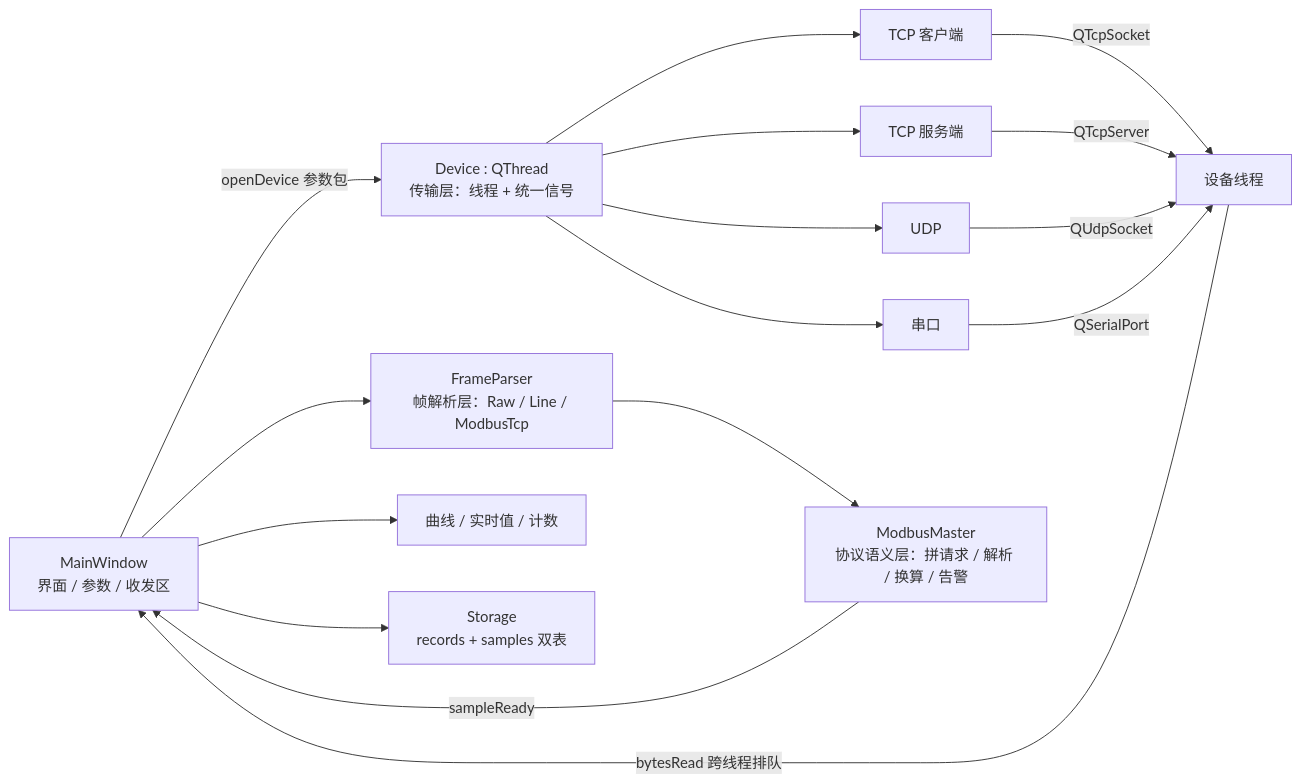
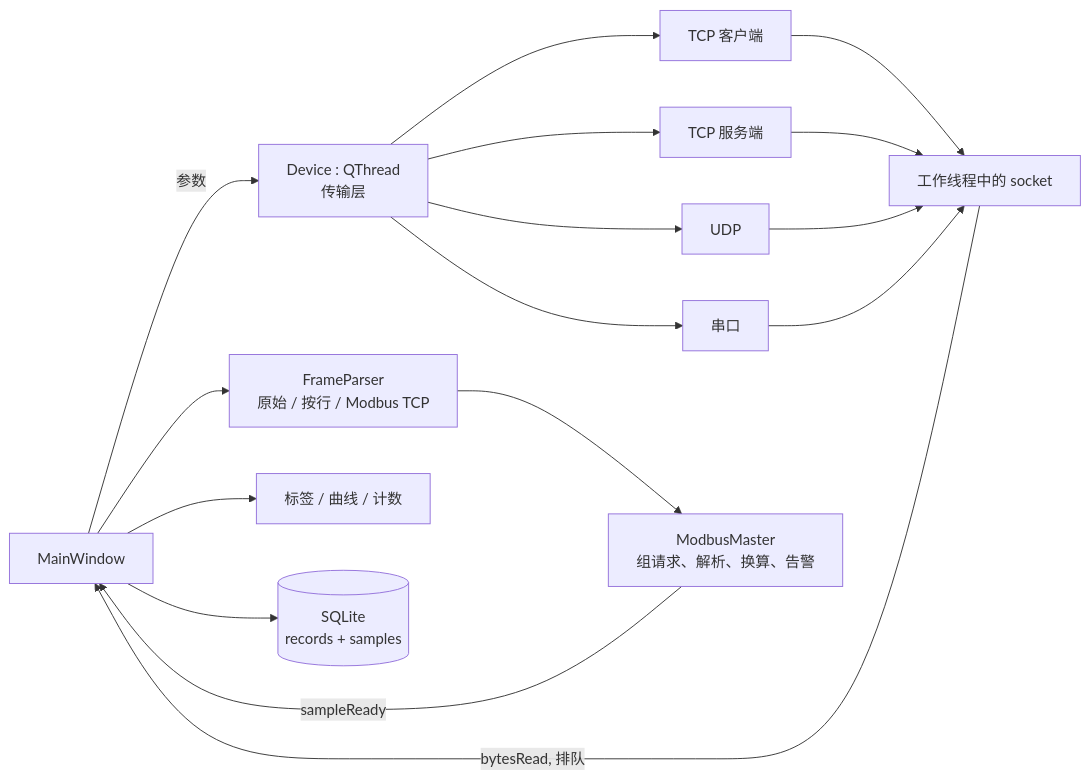
The diagram in README.md (mulusuer/DeviceToolbox), drawn with Mermaid before and after one commit. The commit also changed other lines of this file and 2 other files, not shown here.

````diff
--- a/README.md
+++ b/README.md
@@ -70,18 +79,18 @@
 ```mermaid
 flowchart LR
-    A[MainWindow<br/>界面 / 参数 / 收发区] -->|openDevice 参数包| B[Device : QThread<br/>传输层：线程 + 统一信号]
-    B --> C[TCP 客户端]
-    B --> D[TCP 服务端]
-    B --> E[UDP]
-    B --> F[串口]
-    C -->|QTcpSocket| G[设备线程]
-    D -->|QTcpServer| G
-    E -->|QUdpSocket| G
-    F -->|QSerialPort| G
-    G -->|bytesRead 跨线程排队| A
-    A --> H[FrameParser<br/>帧解析层：Raw / Line / ModbusTcp]
-    H --> I[ModbusMaster<br/>协议语义层：拼请求 / 解析 / 换算 / 告警]
-    I -->|sampleReady| A
-    A --> J[曲线 / 实时值 / 计数]
-    A --> K[Storage<br/>records + samples 双表]
+    UI[MainWindow] -->|参数| DEV[Device : QThread<br/>传输层]
+    DEV --> TCP[TCP 客户端]
+    DEV --> SRV[TCP 服务端]
+    DEV --> UDP[UDP]
+    DEV --> SER[串口]
+    TCP --> SOCK[工作线程中的 socket]
+    SRV --> SOCK
+    UDP --> SOCK
+    SER --> SOCK
+    SOCK -->|bytesRead, 排队| UI
+    UI --> FP[FrameParser<br/>原始 / 按行 / Modbus TCP]
+    FP --> MB[ModbusMaster<br/>组请求、解析、换算、告警]
+    MB -->|sampleReady| UI
+    UI --> VIEW[标签 / 曲线 / 计数]
+    UI --> DB[(SQLite<br/>records + samples)]
 ```
````
